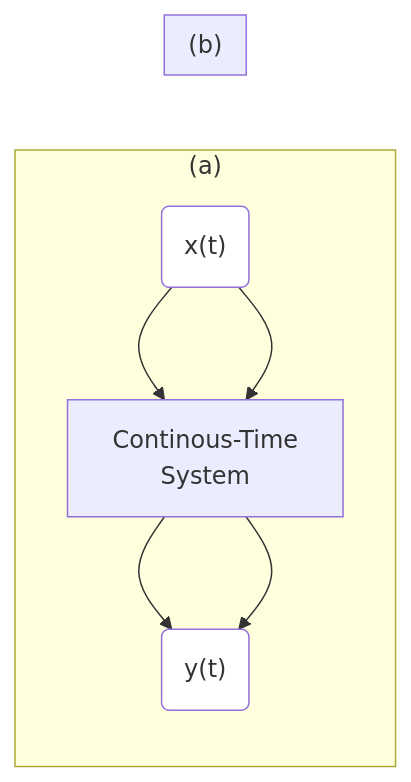
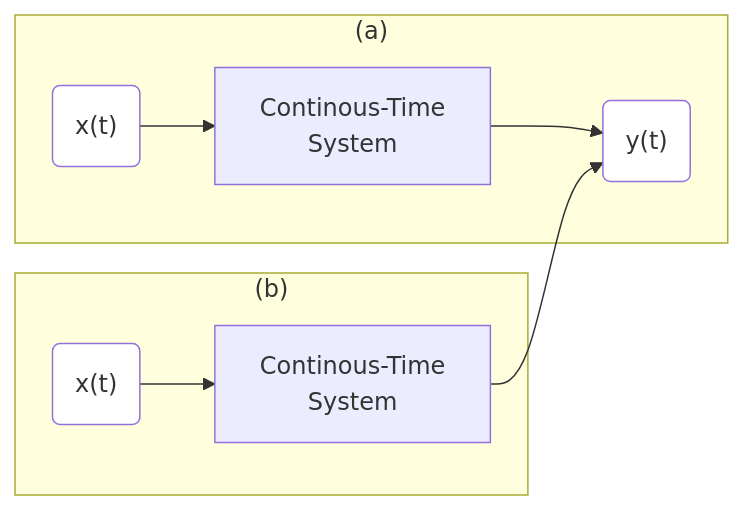
Before and after one commit to setrar/dsp: the first of 2 diagrams in signal-processing/kutz/README.md, drawn with Mermaid.

````diff
--- a/signal-processing/kutz/README.md
+++ b/signal-processing/kutz/README.md
@@ -50,14 +50,14 @@
 ```mermaid
 %%{init: {"flowchart": {"htmlLabels": false}} }%%
 flowchart LR
 subgraph "(a)"
-    A("x(t)"):::someclass -->B[Continous-Time \n System]
-    B-->id("y(t)"):::someclass
+    a("x(t)"):::someclass -->b[Continous-Time \n System]
+    b-->id("y(t)"):::someclass
     classDef someclass fill:#fff
 end
 subgraph "(b)"
-    A("x(t)"):::someclass -->B[Continous-Time \n System]
-    B-->id("y(t)"):::someclass
+    c("x(t)"):::someclass -->d[Continous-Time \n System]
+    d-->id("y(t)"):::someclass
     classDef someclass fill:#fff
 end
 ```
````
